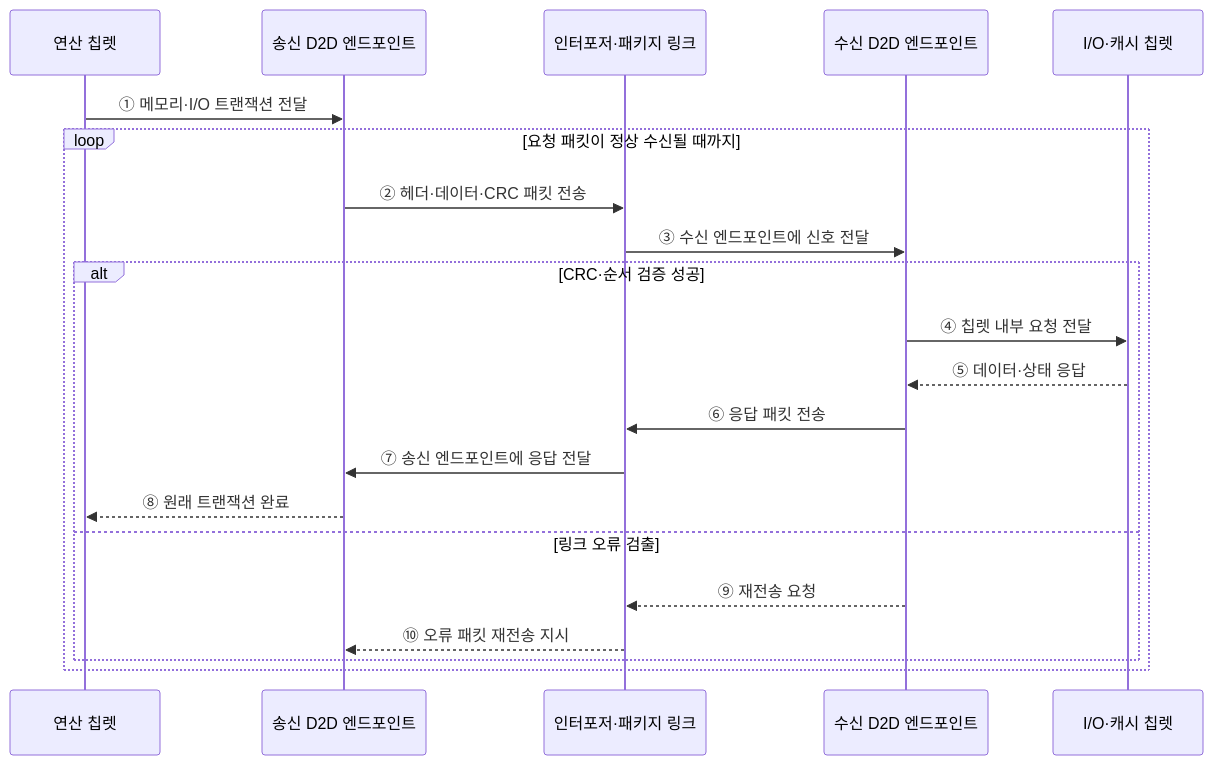
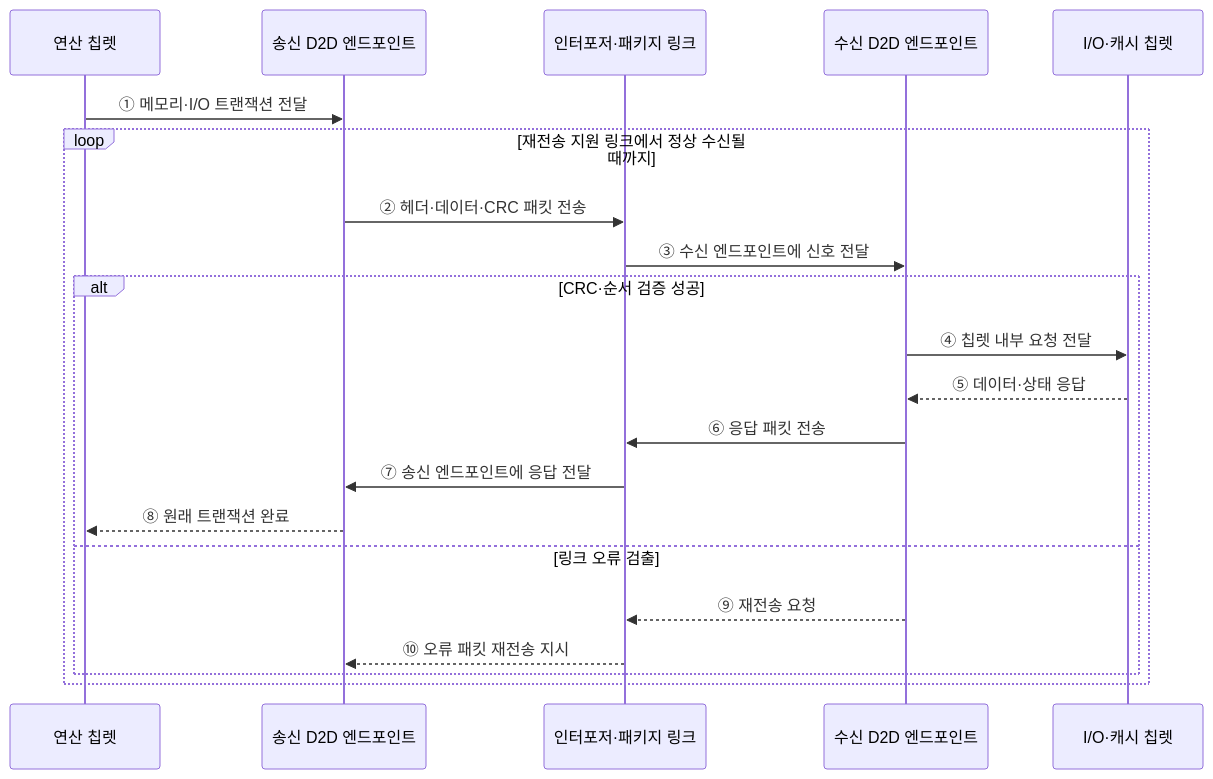
One commit to agnusdei1207/knowledge-base changed the second of 2 diagrams in src/content/docs/notes/02-hardware/049_chiplet.md. Above: the diagram before and after it, drawn with Mermaid. The commit also changed other lines of this file and 20 other files, not shown here.

````diff
--- a/src/content/docs/notes/02-hardware/049_chiplet.md
+++ b/src/content/docs/notes/02-hardware/049_chiplet.md
@@ -86,24 +77,24 @@
 ```mermaid
 sequenceDiagram
     participant C as 연산 칩렛
     participant A as 송신 D2D 엔드포인트
     participant L as 인터포저·패키지 링크
     participant B as 수신 D2D 엔드포인트
     participant I as I/O·캐시 칩렛
 
     C->>A: ① 메모리·I/O 트랜잭션 전달
-    loop 요청 패킷이 정상 수신될 때까지
+    loop 재전송 지원 링크에서 정상 수신될 때까지
         A->>L: ② 헤더·데이터·CRC 패킷 전송
         L->>B: ③ 수신 엔드포인트에 신호 전달
         alt CRC·순서 검증 성공
             B->>I: ④ 칩렛 내부 요청 전달
             I-->>B: ⑤ 데이터·상태 응답
             B->>L: ⑥ 응답 패킷 전송
             L->>A: ⑦ 송신 엔드포인트에 응답 전달
             A-->>C: ⑧ 원래 트랜잭션 완료
         else 링크 오류 검출
             B-->>L: ⑨ 재전송 요청
             L-->>A: ⑩ 오류 패킷 재전송 지시
         end
     end
 ```
````
